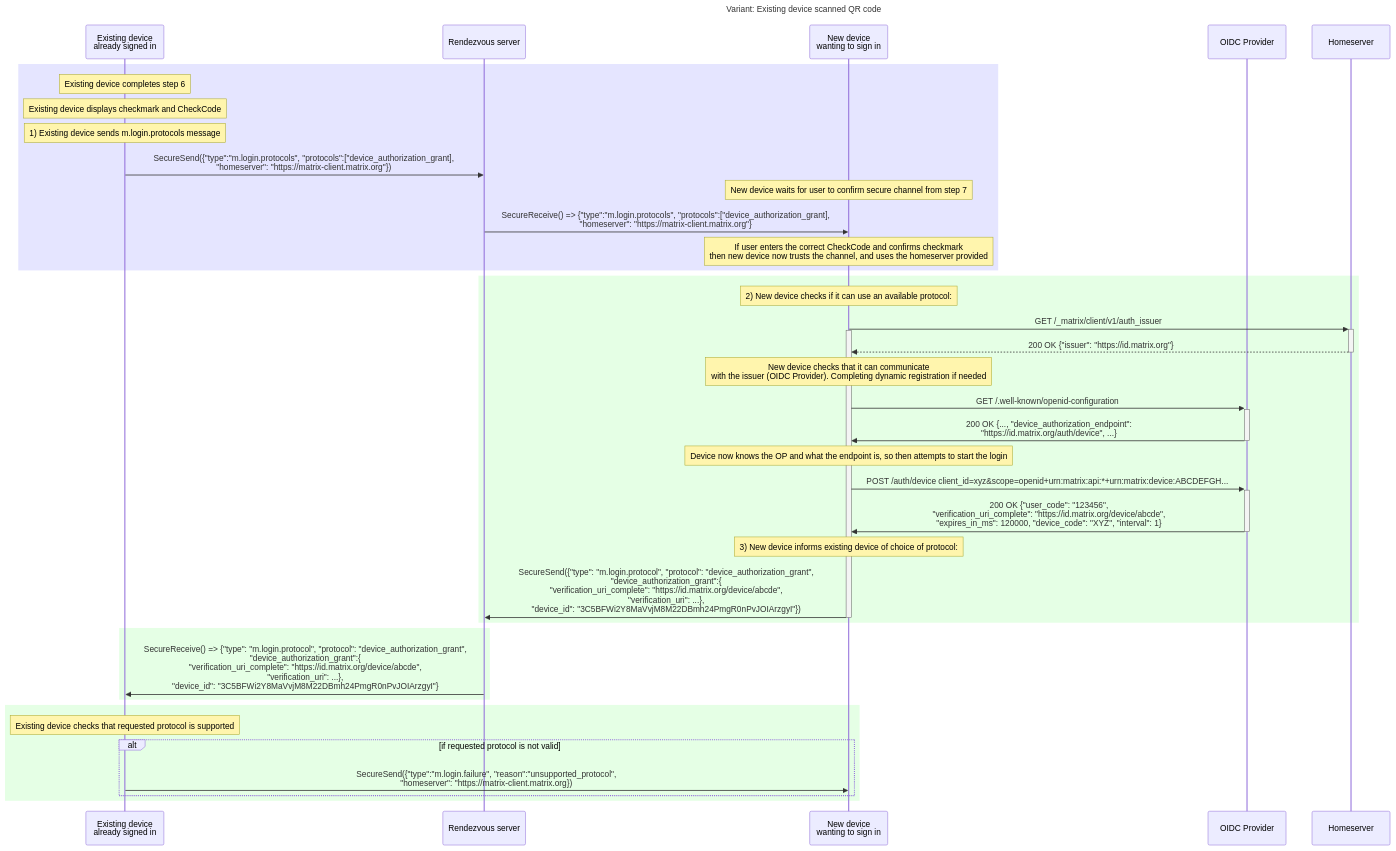
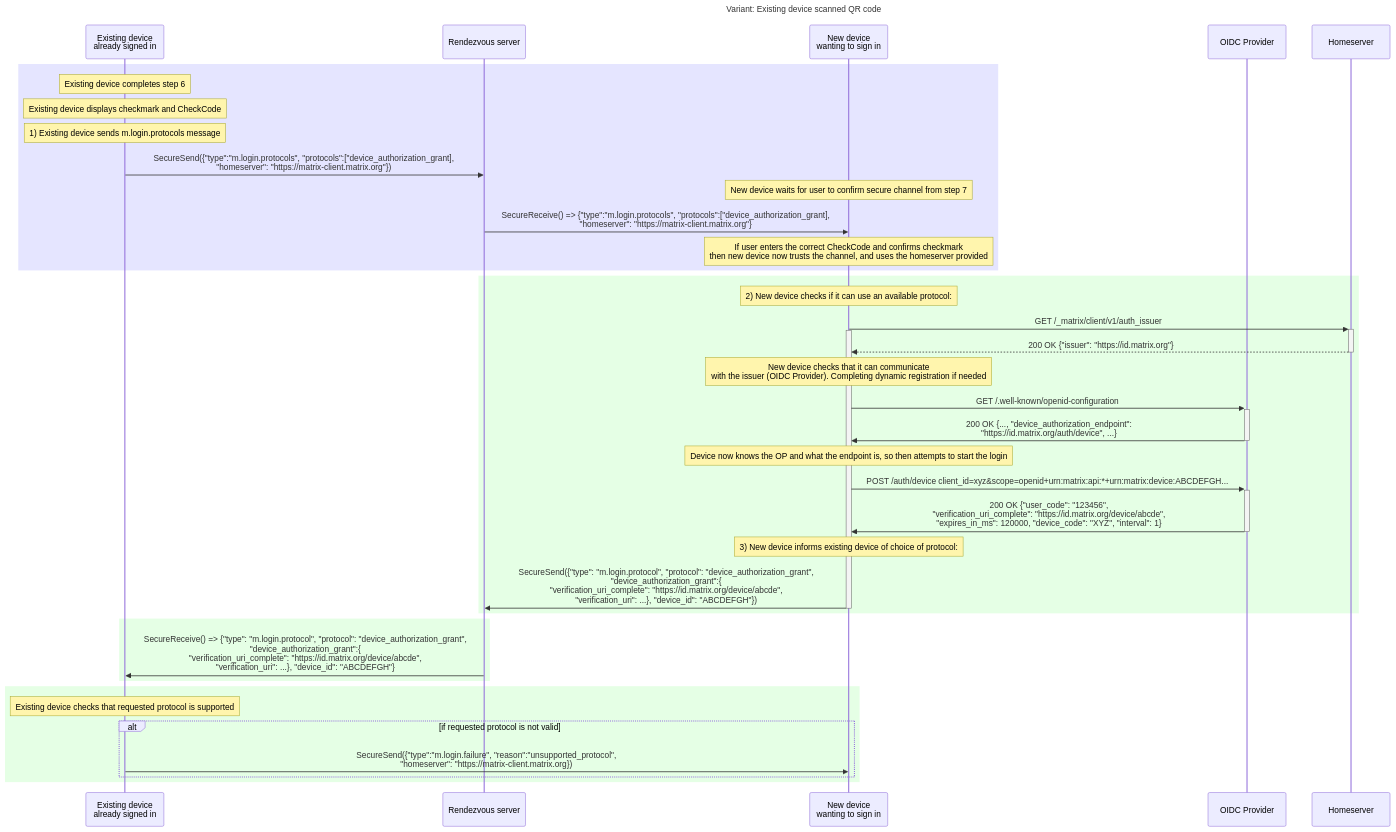
One commit to matrix-org/matrix-spec-proposals changed the fourth of 6 diagrams in proposals/4108-oidc-qr-login.md. Above: the diagram before and after it, drawn with Mermaid. The commit also changed other lines of this file, not shown here.

First line of the commit message:
Revert changes to device id and proofs

````diff
--- a/proposals/4108-oidc-qr-login.md
+++ b/proposals/4108-oidc-qr-login.md
@@ -890,65 +882,65 @@
 ```mermaid
 sequenceDiagram
     title: Variant: Existing device scanned QR code
     participant E as Existing device <br>already signed in
     participant Z as Rendezvous server
     participant N as New device <br>wanting to sign in
     participant OP as OIDC Provider
     participant HS as Homeserver
 
 
     #alt if New device scanned QR code
     #    note over N: New device completes checks from secure channel establishment step 6 - it now trusts the channel
     #    note over N: 1) New device got Homeserver base URL from QR code
 
     rect rgba(0,0,255, 0.1)
     #else if Existing device scanned QR code
         note over E: Existing device completes step 6
         note over E: Existing device displays checkmark and CheckCode
         note over E: 1) Existing device sends m.login.protocols message
         E->>Z: SecureSend({"type":"m.login.protocols", "protocols":["device_authorization_grant],<br> "homeserver": "https://matrix-client.matrix.org"})
         note over N: New device waits for user to confirm secure channel from step 7
         Z->>N: SecureReceive() => {"type":"m.login.protocols", "protocols":["device_authorization_grant],<br> "homeserver": "https://matrix-client.matrix.org"}
         note over N: If user enters the correct CheckCode and confirms checkmark<br>then new device now trusts the channel, and uses the homeserver provided
     end
 
 
     rect rgba(0,255,0, 0.1)
     note over N: 2) New device checks if it can use an available protocol:
         N->>+HS: GET /_matrix/client/v1/auth_issuer
     activate N
         HS-->>-N: 200 OK {"issuer": "https://id.matrix.org"}
         Note over N: New device checks that it can communicate<br> with the issuer (OIDC Provider). Completing dynamic registration if needed 
         N->>+OP: GET /.well-known/openid-configuration
         OP->>-N: 200 OK {..., "device_authorization_endpoint":<br> "https://id.matrix.org/auth/device", ...}
         Note over N: Device now knows the OP and what the endpoint is, so then attempts to start the login
         N->>+OP: POST /auth/device client_id=xyz&scope=openid+urn:matrix:api:*+urn:matrix:device:ABCDEFGH...
         OP->>-N: 200 OK {"user_code": "123456",<br>"verification_uri_complete": "https://id.matrix.org/device/abcde",<br>"expires_in_ms": 120000, "device_code": "XYZ", "interval": 1}
         note over N: 3) New device informs existing device of choice of protocol:
-        N->>Z: SecureSend({"type": "m.login.protocol", "protocol": "device_authorization_grant",<br> "device_authorization_grant":{<br>"verification_uri_complete": "https://id.matrix.org/device/abcde",<br>"verification_uri": ...},<br>"device_id": "3C5BFWi2Y8MaVvjM8M22DBmh24PmgR0nPvJOIArzgyI"})
+        N->>Z: SecureSend({"type": "m.login.protocol", "protocol": "device_authorization_grant",<br> "device_authorization_grant":{<br>"verification_uri_complete": "https://id.matrix.org/device/abcde",<br>"verification_uri": ...}, "device_id": "ABCDEFGH"})
 
     deactivate N
     end
 
     # alt if New device scanned QR code
     #    note over N: New device displays checkmark and CheckCode
     #    note over E: Existing device waits for user to enter CheckCode<br>and confirm secure channel from step 7
     #end
 
     rect rgba(0,255,0, 0.1)
-        Z->>E: SecureReceive() => {"type": "m.login.protocol", "protocol": "device_authorization_grant",<br> "device_authorization_grant":{<br>"verification_uri_complete": "https://id.matrix.org/device/abcde",<br>"verification_uri": ...},<br>"device_id": "3C5BFWi2Y8MaVvjM8M22DBmh24PmgR0nPvJOIArzgyI"}
+        Z->>E: SecureReceive() => {"type": "m.login.protocol", "protocol": "device_authorization_grant",<br> "device_authorization_grant":{<br>"verification_uri_complete": "https://id.matrix.org/device/abcde",<br>"verification_uri": ...}, "device_id": "ABCDEFGH"}
     end
 
     # alt if New device scanned QR code
     #    note over E: If user entered correct CheckCode<br>and confirms checkmark then existing device now trusts the channel
     #end
 
 
     rect rgba(0,255,0, 0.1)
     note over E: Existing device checks that requested protocol is supported
 
     alt if requested protocol is not valid
         E->>N: SecureSend({"type":"m.login.failure", "reason":"unsupported_protocol",<br>"homeserver": "https://matrix-client.matrix.org})
     end
     end
 ```
````
